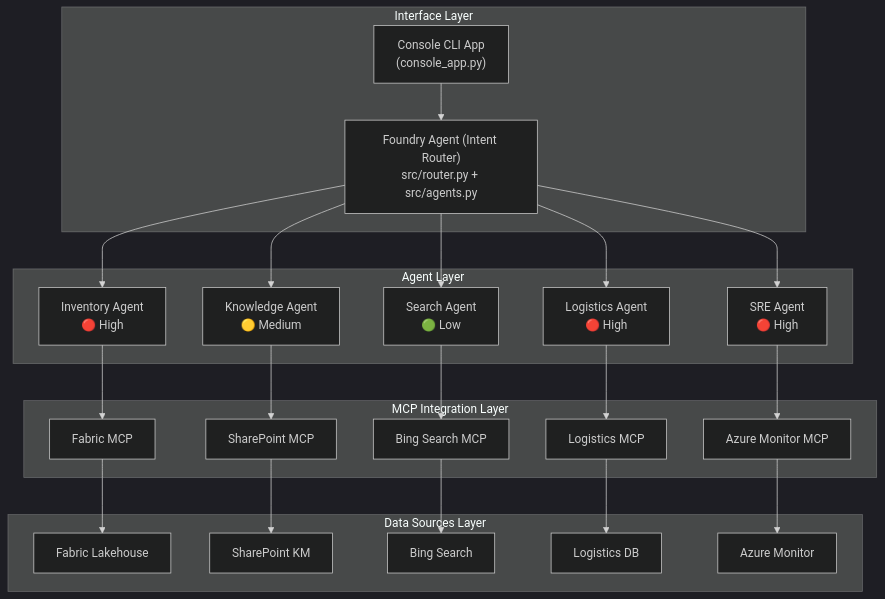
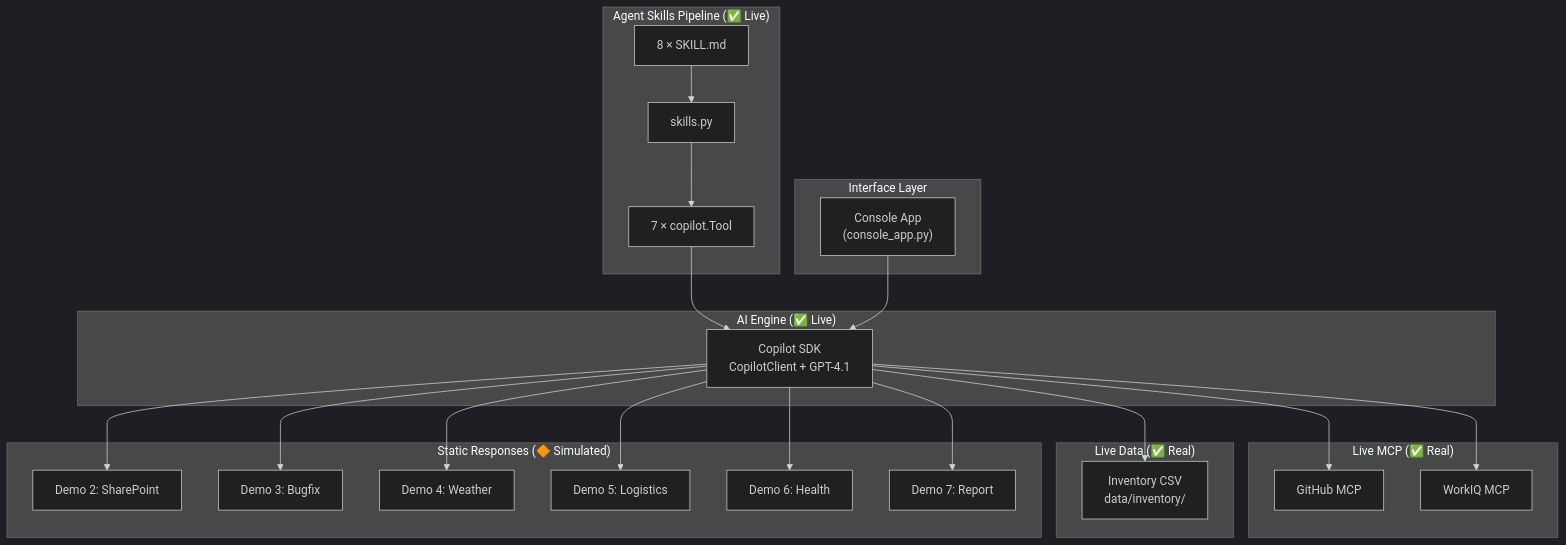
The diagram in tech-summary.md (payton-chou-ms/poc-agents-league-techconnect-2026), drawn with Mermaid (dark theme) before and after one commit. The commit also changed other lines of this file and 3 other files, not shown here.

Commit message:
Refactor tech summary: Enhance clarity and structure, update architecture overview, and improve skill definitions. Introduce live vs simulated components breakdown and streamline incident workflow descriptions.

````diff
--- a/tech-summary.md
+++ b/tech-summary.md
@@ -28,31 +55,38 @@
 ```mermaid
 graph TD
     subgraph Interface["Interface Layer"]
-        CLI["Console CLI App<br/>(console_app.py)"]
-        CLI --> Router["Foundry Agent (Intent Router)<br/>src/router.py + src/agents.py"]
+        CLI["Console App<br/>(console_app.py)"]
     end
 
-    subgraph Agents["Agent Layer"]
-        Router --> Inv["Inventory Agent<br/>🔴 High"]
-        Router --> Know["Knowledge Agent<br/>🟡 Medium"]
-        Router --> Search["Search Agent<br/>🟢 Low"]
-        Router --> Log["Logistics Agent<br/>🔴 High"]
-        Router --> SRE["SRE Agent<br/>🔴 High"]
+    subgraph Engine["AI Engine (✅ Live)"]
+        SDK["Copilot SDK<br/>CopilotClient + GPT-4.1"]
     end
 
-    subgraph MCP["MCP Integration Layer"]
-        Inv --> FabricMCP["Fabric MCP"]
-        Know --> SPMCP["SharePoint MCP"]
-        Search --> BingMCP["Bing Search MCP"]
-        Log --> LogMCP["Logistics MCP"]
-        SRE --> AzMCP["Azure Monitor MCP"]
+    subgraph Pipeline["Agent Skills Pipeline (✅ Live)"]
+        SKILL["8 × SKILL.md"] --> Parse["skills.py"] --> Tools["7 × copilot.Tool"]
+        Tools --> SDK
     end
 
-    subgraph Data["Data Sources Layer"]
-        FabricMCP --> FL["Fabric Lakehouse"]
-        SPMCP --> SPKM["SharePoint KM"]
-        BingMCP --> Bing["Bing Search"]
-        LogMCP --> LDB["Logistics DB"]
-        AzMCP --> AzMon["Azure Monitor"]
+    subgraph LiveMCP["Live MCP (✅ Real)"]
+        GitHub["GitHub MCP"]
+        WorkIQ["WorkIQ MCP"]
     end
+
+    subgraph LiveData["Live Data (✅ Real)"]
+        CSV["Inventory CSV<br/>data/inventory/"]
+    end
+
+    subgraph Static["Static Responses (🔶 Simulated)"]
+        D2["Demo 2: SharePoint"]
+        D3["Demo 3: Bugfix"]
+        D4["Demo 4: Weather"]
+        D5["Demo 5: Logistics"]
+        D6["Demo 6: Health"]
+        D7["Demo 7: Report"]
+    end
+
+    CLI --> SDK
+    SDK --> GitHub & WorkIQ
+    SDK --> CSV
+    SDK --> D2 & D3 & D4 & D5 & D6 & D7
 ```
````
